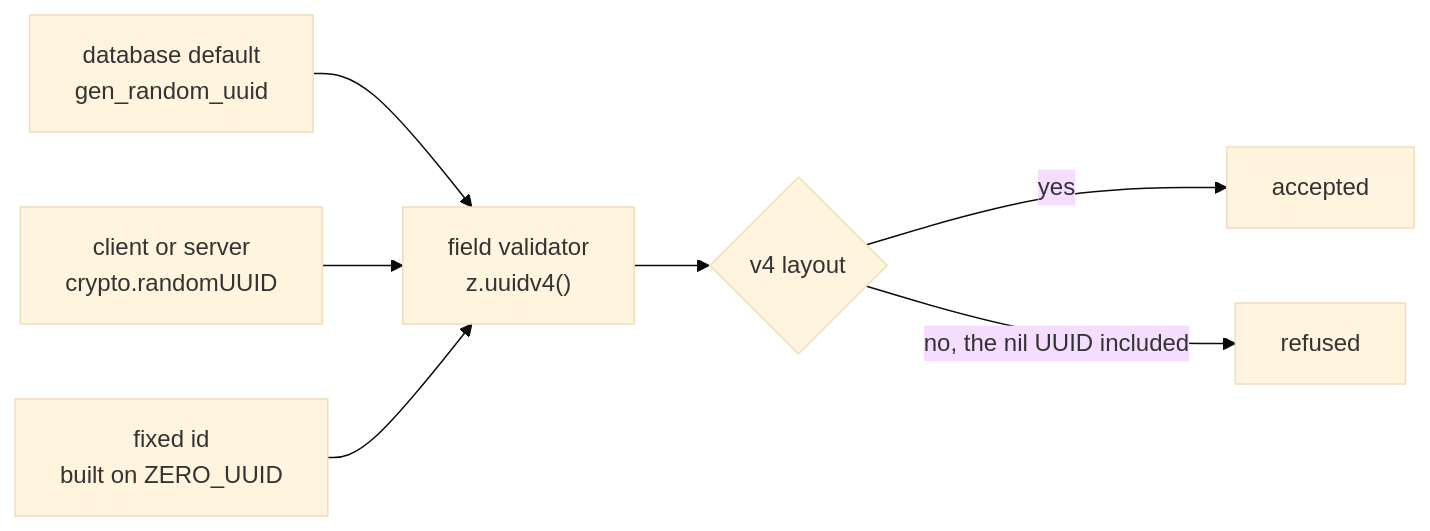
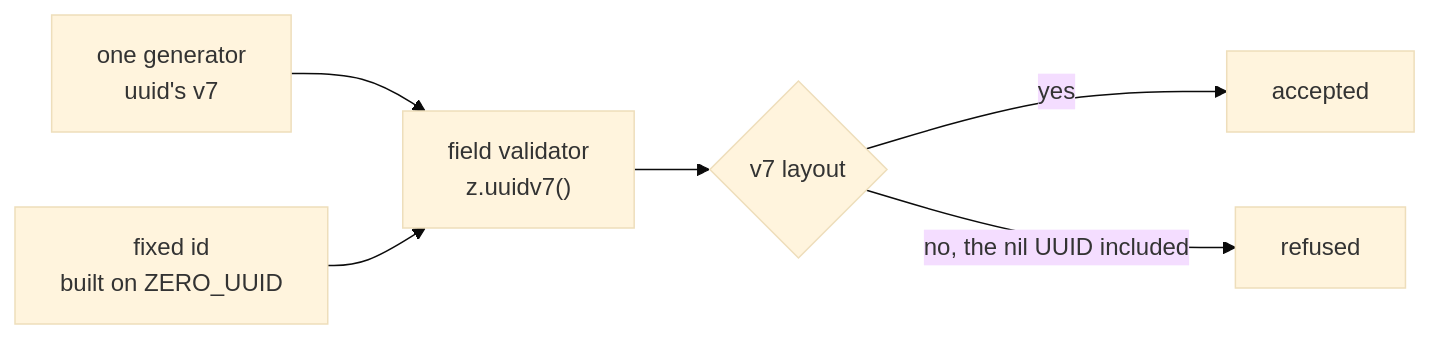
Before and after one commit to Esposter/Esposter: the diagram in openspec/specs/architecture/id-validation/design.md, drawn with Mermaid (base theme). The commit also changed other lines of this file and 78 other files, not shown here.

````diff
--- a/openspec/specs/architecture/id-validation/design.md
+++ b/openspec/specs/architecture/id-validation/design.md
@@ -13,9 +17,8 @@
 ```mermaid
 flowchart LR
-  DB["database default<br/>gen_random_uuid"] --> FIELD
-  RUNTIME["client or server<br/>crypto.randomUUID"] --> FIELD
+  GEN["one generator<br/>uuid's v7"] --> FIELD
   FIXED["fixed id<br/>built on ZERO_UUID"] --> FIELD
-  FIELD["field validator<br/>z.uuidv4()"] --> LAYOUT{"v4 layout"}
+  FIELD["field validator<br/>z.uuidv7()"] --> LAYOUT{"v7 layout"}
   LAYOUT -->|"yes"| ACCEPTED["accepted"]
   LAYOUT -->|"no, the nil UUID included"| REFUSED["refused"]
 ```
````
